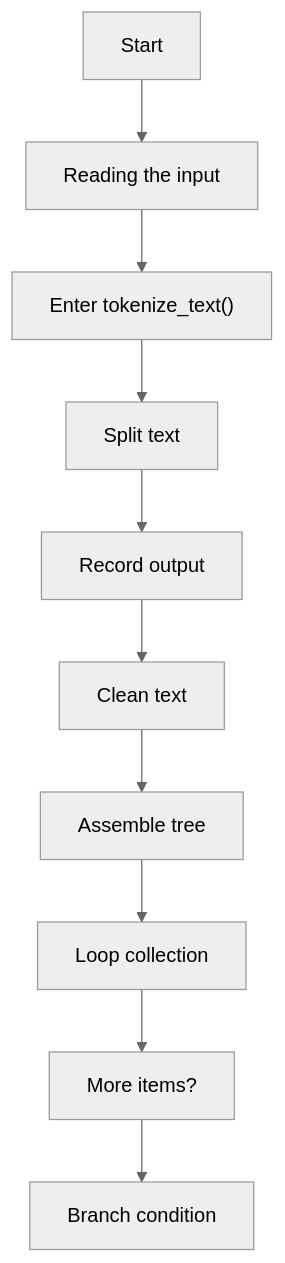
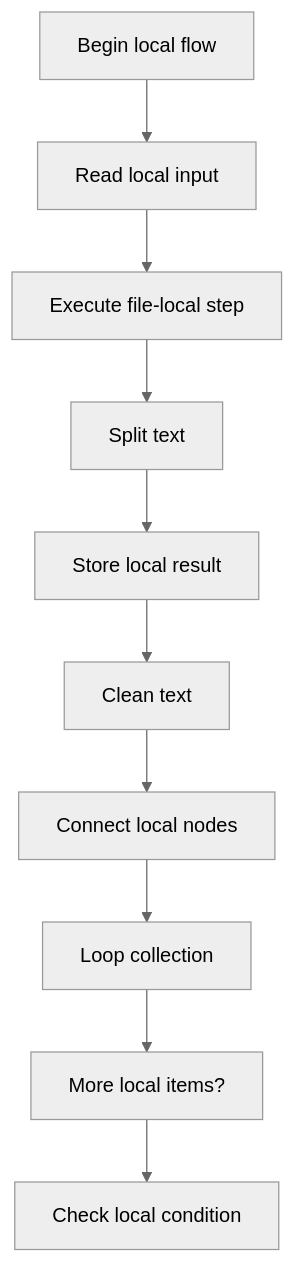
The first of 6 diagrams in docs/Codebase/Microservice/Modules/Source/Trees/ClassGeneration/Actual/Internal/Line/Flow/line_program_flow.cpp.md (JohnAndrewBalbarosa/NeoTerritory), drawn with Mermaid (neutral theme) before and after one commit. The commit also changed other lines of this file and 925 other files, not shown here.

````diff
--- a/docs/Codebase/Microservice/Modules/Source/Trees/ClassGeneration/Actual/Internal/Line/Flow/line_program_flow.cpp.md
+++ b/docs/Codebase/Microservice/Modules/Source/Trees/ClassGeneration/Actual/Internal/Line/Flow/line_program_flow.cpp.md
@@ -15,22 +15,22 @@
 ```mermaid
 flowchart TD
-    N0["Start"]
-    N1["Reading the input"]
-    N2["Enter tokenize_text()"]
+    N0["Begin local flow"]
+    N1["Read local input"]
+    N2["Execute file-local step"]
     N3["Split text"]
-    N4["Record output"]
+    N4["Store local result"]
     N5["Clean text"]
-    N6["Assemble tree"]
+    N6["Connect local nodes"]
     N7["Loop collection"]
-    N8["More items?"]
-    N9["Branch condition"]
+    N8["More local items?"]
+    N9["Check local condition"]
     N0 --> N1
     N1 --> N2
     N2 --> N3
     N3 --> N4
     N4 --> N5
     N5 --> N6
     N6 --> N7
     N7 --> N8
     N8 --> N9
 ```
````
